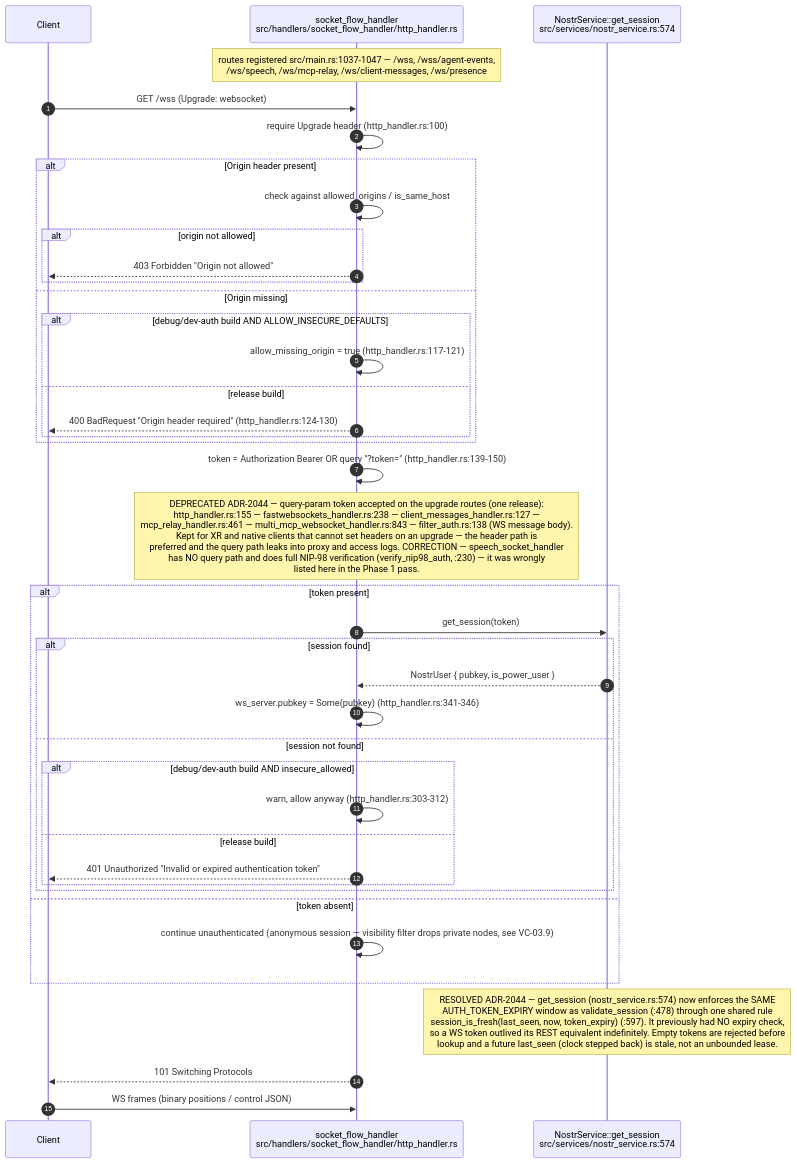
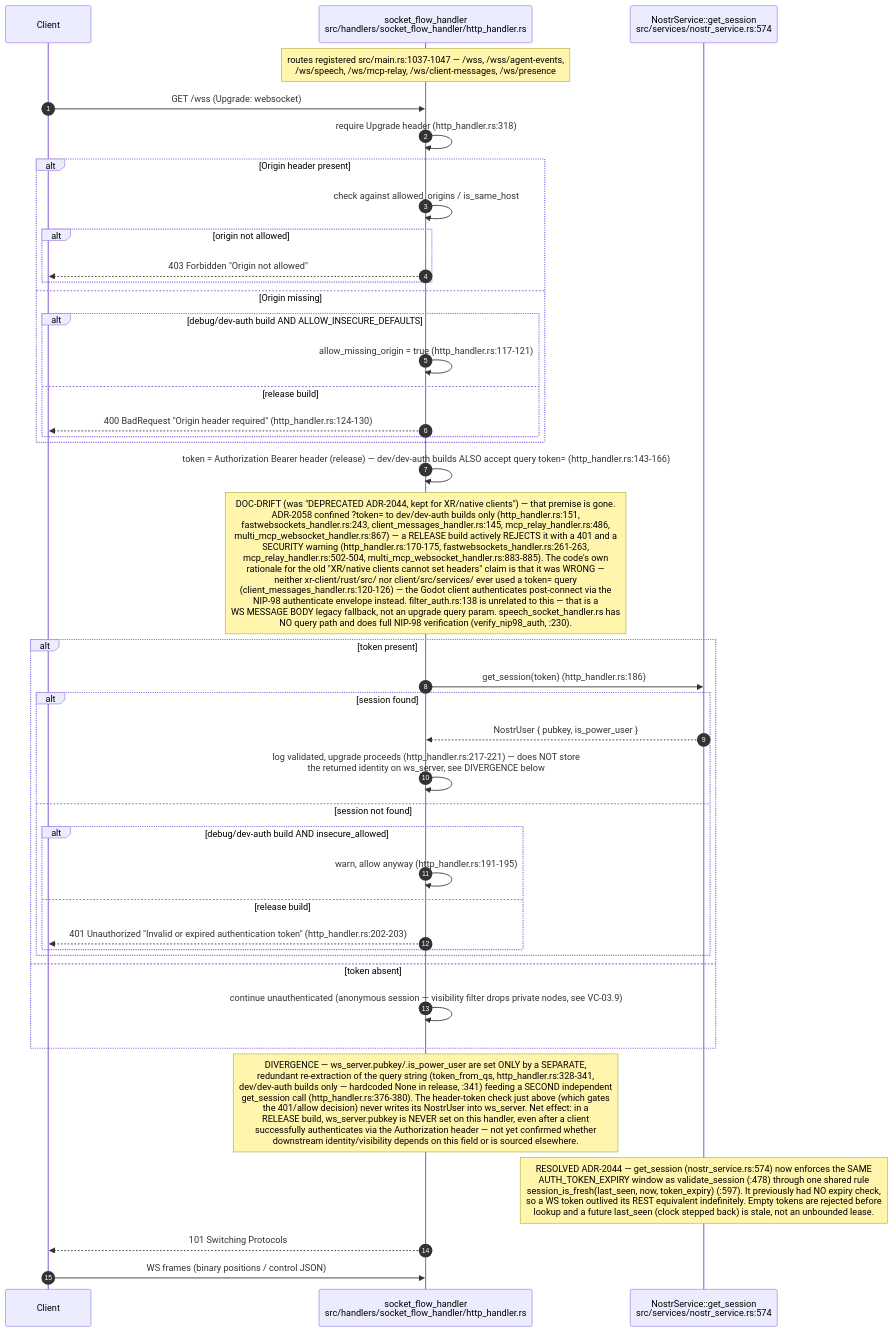
The second of 16 diagrams in docs/diagrams/visionclaw/03-request-lifecycle-and-rbac.md (DreamLab-AI/VisionFlow), drawn with Mermaid before and after one commit. The commit also changed other lines of this file and 185 other files, not shown here.

Commit message:
docs(estate): reconcile diagrams and ADRs with source and define closeout sprint

````diff
--- a/docs/diagrams/visionclaw/03-request-lifecycle-and-rbac.md
+++ b/docs/diagrams/visionclaw/03-request-lifecycle-and-rbac.md
@@ -87,43 +87,44 @@
 ```mermaid
 sequenceDiagram
     autonumber
     participant C as Client
     participant WS as socket_flow_handler<br/>src/handlers/socket_flow_handler/http_handler.rs
     participant NS as NostrService::get_session<br/>src/services/nostr_service.rs:574
 
     Note over WS: routes registered src/main.rs:1037-1047 — /wss, /wss/agent-events,<br/>/ws/speech, /ws/mcp-relay, /ws/client-messages, /ws/presence
     C->>WS: GET /wss (Upgrade: websocket)
-    WS->>WS: require Upgrade header (http_handler.rs:100)
+    WS->>WS: require Upgrade header (http_handler.rs:318)
     alt Origin header present
         WS->>WS: check against allowed_origins / is_same_host
         alt origin not allowed
             WS-->>C: 403 Forbidden "Origin not allowed"
         end
     else Origin missing
         alt debug/dev-auth build AND ALLOW_INSECURE_DEFAULTS
             WS->>WS: allow_missing_origin = true (http_handler.rs:117-121)
         else release build
             WS-->>C: 400 BadRequest "Origin header required" (http_handler.rs:124-130)
         end
     end
-    WS->>WS: token = Authorization Bearer OR query "?token=" (http_handler.rs:139-150)
-    Note over WS: DEPRECATED ADR-2044 — query-param token accepted on the upgrade routes (one release):<br/>http_handler.rs:155 — fastwebsockets_handler.rs:238 — client_messages_handler.rs:127 —<br/>mcp_relay_handler.rs:461 — multi_mcp_websocket_handler.rs:843 — filter_auth.rs:138 (WS message body).<br/>Kept for XR and native clients that cannot set headers on an upgrade — the header path is<br/>preferred and the query path leaks into proxy and access logs. CORRECTION — speech_socket_handler<br/>has NO query path and does full NIP-98 verification (verify_nip98_auth, :230) — it was wrongly<br/>listed here in the Phase 1 pass.
+    WS->>WS: token = Authorization Bearer header (release) — dev/dev-auth builds ALSO accept query token= (http_handler.rs:143-166)
+    Note over WS: DOC-DRIFT (was "DEPRECATED ADR-2044, kept for XR/native clients") — that premise is gone.<br/>ADR-2058 confined ?token= to dev/dev-auth builds only (http_handler.rs:151,<br/>fastwebsockets_handler.rs:243, client_messages_handler.rs:145, mcp_relay_handler.rs:486,<br/>multi_mcp_websocket_handler.rs:867) — a RELEASE build actively REJECTS it with a 401 and a<br/>SECURITY warning (http_handler.rs:170-175, fastwebsockets_handler.rs:261-263,<br/>mcp_relay_handler.rs:502-504, multi_mcp_websocket_handler.rs:883-885). The code's own<br/>rationale for the old "XR/native clients cannot set headers" claim is that it was WRONG —<br/>neither xr-client/rust/src/ nor client/src/services/ ever used a token= query<br/>(client_messages_handler.rs:120-126) — the Godot client authenticates post-connect via the<br/>NIP-98 authenticate envelope instead. filter_auth.rs:138 is unrelated to this — that is a<br/>WS MESSAGE BODY legacy fallback, not an upgrade query param. speech_socket_handler.rs has<br/>NO query path and does full NIP-98 verification (verify_nip98_auth, :230).
     alt token present
-        WS->>NS: get_session(token)
+        WS->>NS: get_session(token) (http_handler.rs:186)
         alt session found
             NS-->>WS: NostrUser { pubkey, is_power_user }
-            WS->>WS: ws_server.pubkey = Some(pubkey) (http_handler.rs:341-346)
+            WS->>WS: log validated, upgrade proceeds (http_handler.rs:217-221) — does NOT store<br/>the returned identity on ws_server, see DIVERGENCE below
         else session not found
             alt debug/dev-auth build AND insecure_allowed
-                WS->>WS: warn, allow anyway (http_handler.rs:303-312)
+                WS->>WS: warn, allow anyway (http_handler.rs:191-195)
             else release build
-                WS-->>C: 401 Unauthorized "Invalid or expired authentication token"
+                WS-->>C: 401 Unauthorized "Invalid or expired authentication token" (http_handler.rs:202-203)
             end
         end
     else token absent
         WS->>WS: continue unauthenticated (anonymous session — visibility filter drops private nodes, see VC-03.9)
     end
+    Note over WS: DIVERGENCE — ws_server.pubkey/.is_power_user are set ONLY by a SEPARATE,<br/>redundant re-extraction of the query string (token_from_qs, http_handler.rs:328-341,<br/>dev/dev-auth builds only — hardcoded None in release, :341) feeding a SECOND independent<br/>get_session call (http_handler.rs:376-380). The header-token check just above (which gates<br/>the 401/allow decision) never writes its NostrUser into ws_server. Net effect: in a<br/>RELEASE build, ws_server.pubkey is NEVER set on this handler, even after a client<br/>successfully authenticates via the Authorization header — not yet confirmed whether<br/>downstream identity/visibility depends on this field or is sourced elsewhere.
     Note over NS: RESOLVED ADR-2044 — get_session (nostr_service.rs:574) now enforces the SAME<br/>AUTH_TOKEN_EXPIRY window as validate_session (:478) through one shared rule<br/>session_is_fresh(last_seen, now, token_expiry) (:597). It previously had NO expiry check,<br/>so a WS token outlived its REST equivalent indefinitely. Empty tokens are rejected before<br/>lookup and a future last_seen (clock stepped back) is stale, not an unbounded lease.
     WS-->>C: 101 Switching Protocols
     C->>WS: WS frames (binary positions / control JSON)
 ```
````
